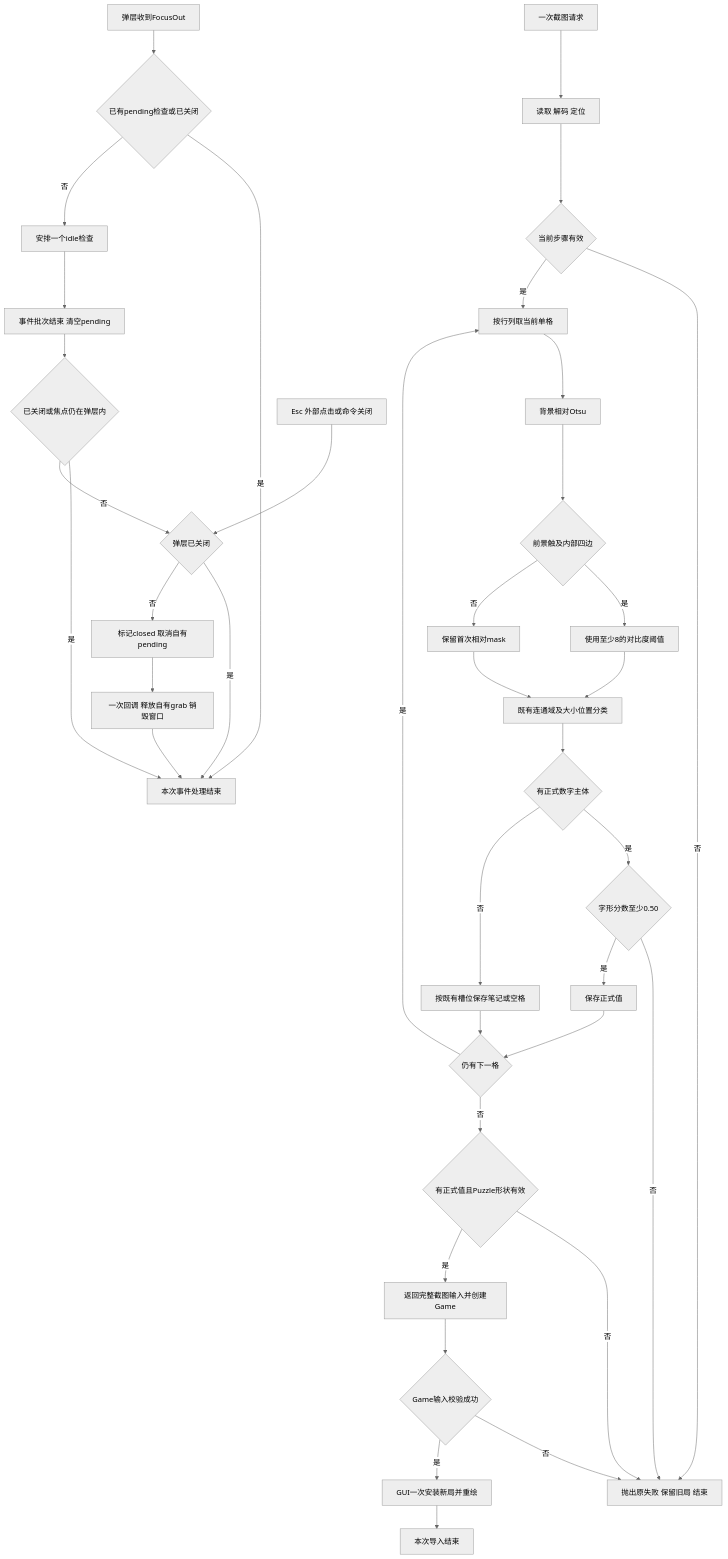
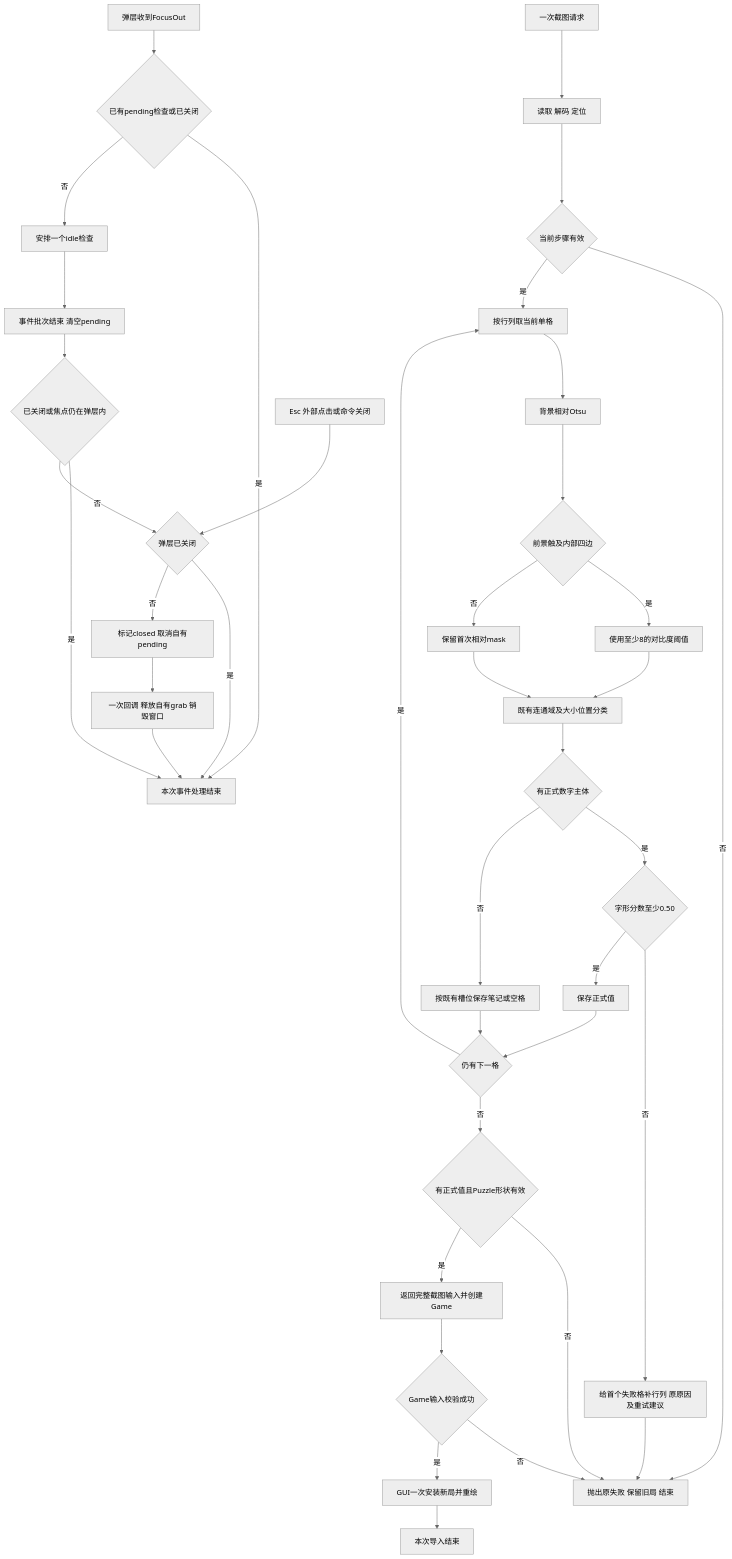
One commit to jaried/shudu changed the third of 3 diagrams in docs/01_sprint记录/sprint01/00-联合方案决策/2026-10-07/截图导入联合方案决策草案.md. Above: the diagram before and after it, drawn with Mermaid (neutral theme). The commit also changed other lines of this file and 10 other files, not shown here.

Commit message:
docs: 确认截图失败位置范围并收敛四票草案

````diff
--- a/docs/01_sprint记录/sprint01/00-联合方案决策/2026-10-07/截图导入联合方案决策草案.md
+++ b/docs/01_sprint记录/sprint01/00-联合方案决策/2026-10-07/截图导入联合方案决策草案.md
@@ -286,40 +291,41 @@
 ```mermaid
 flowchart TD
   A[一次截图请求] --> B[读取 解码 定位]
   B --> C{当前步骤有效}
   C -- 否 --> X[抛出原失败 保留旧局 结束]
   C -- 是 --> D[按行列取当前单格]
   D --> E[背景相对Otsu]
   E --> F{前景触及内部四边}
   F -- 是 --> G[使用至少8的对比度阈值]
   F -- 否 --> H[保留首次相对mask]
   G --> I[既有连通域及大小位置分类]
   H --> I
   I --> J{有正式数字主体}
   J -- 是 --> K{字形分数至少0.50}
-  K -- 否 --> X
+  K -- 否 --> XE[给首个失败格补行列 原原因及重试建议]
+  XE --> X
   K -- 是 --> L[保存正式值]
   J -- 否 --> M[按既有槽位保存笔记或空格]
   L --> N{仍有下一格}
   M --> N
   N -- 是 --> D
   N -- 否 --> O{有正式值且Puzzle形状有效}
   O -- 否 --> X
   O -- 是 --> P[返回完整截图输入并创建Game]
   P --> PP{Game输入校验成功}
   PP -- 否 --> X
   PP -- 是 --> GG[GUI一次安装新局并重绘]
   GG --> Z[本次导入结束]
   Q[弹层收到FocusOut] --> R{已有pending检查或已关闭}
   R -- 是 --> T[本次事件处理结束]
   R -- 否 --> S[安排一个idle检查]
   S --> AA[事件批次结束 清空pending]
   AA --> BB{已关闭或焦点仍在弹层内}
   BB -- 是 --> T
   BB -- 否 --> RR{弹层已关闭}
   EE[Esc 外部点击或命令关闭] --> RR
   RR -- 是 --> T
   RR -- 否 --> CC[标记closed 取消自有pending]
   CC --> DD[一次回调 释放自有grab 销毁窗口]
   DD --> T
 ```
````
